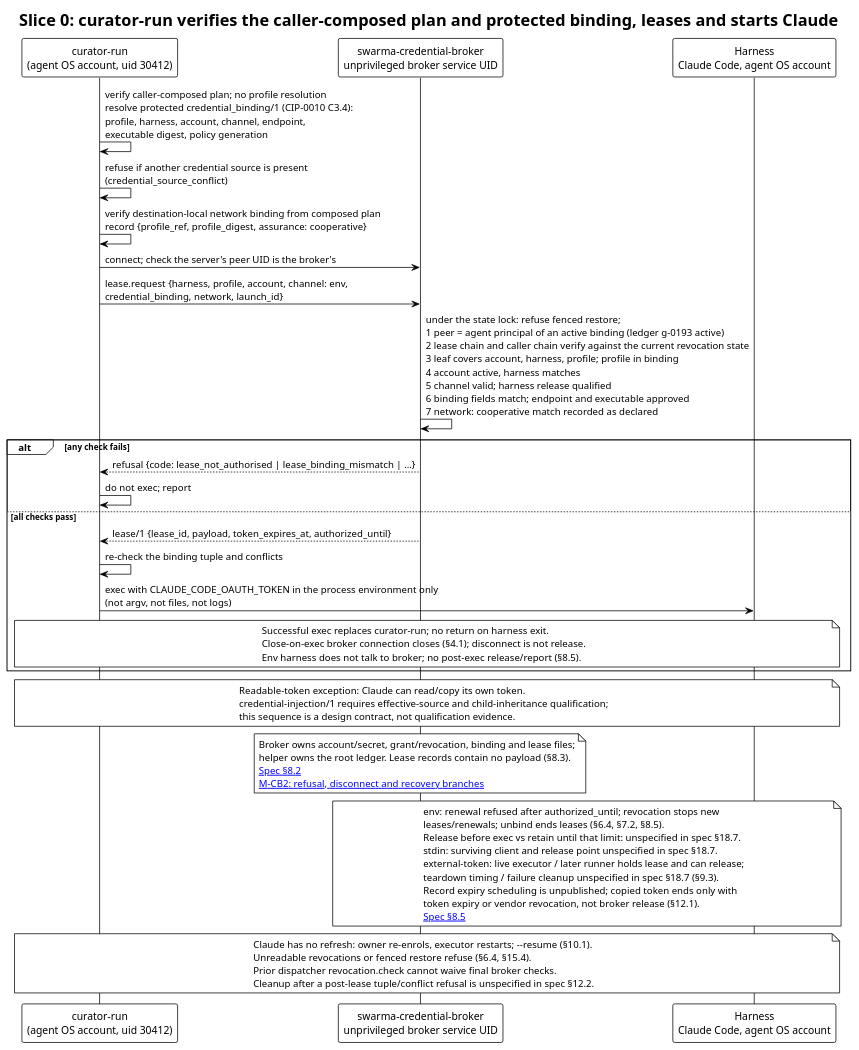
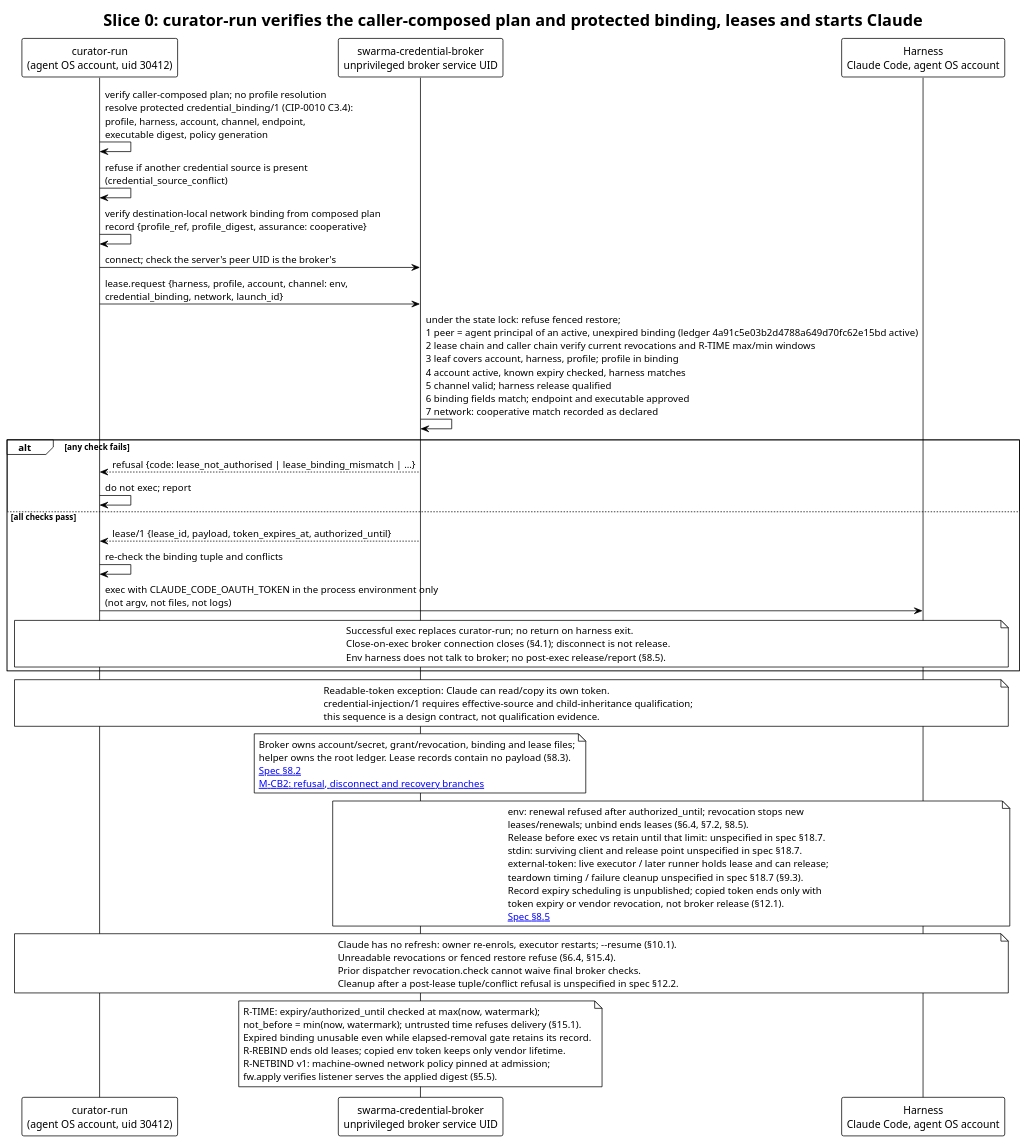
The diagram in diagrams/lease-at-launch.puml (relux-works/swarma-credential-broker), drawn with PlantUML before and after one commit. The commit also changed 11 other files, not shown here.

```diff
--- a/diagrams/lease-at-launch.puml
+++ b/diagrams/lease-at-launch.puml
@@ -1,52 +1,60 @@
 @startuml lease-at-launch
 !theme plain
 title Slice 0: curator-run verifies the caller-composed plan and protected binding, leases and starts Claude
 
 participant "curator-run\n(agent OS account, uid 30412)" as E
 participant "swarma-credential-broker\nunprivileged broker service UID" as B
 participant "Harness\nClaude Code, agent OS account" as H
 
 E -> E: verify caller-composed plan; no profile resolution\nresolve protected credential_binding/1 (CIP-0010 C3.4):\nprofile, harness, account, channel, endpoint,\nexecutable digest, policy generation
 E -> E: refuse if another credential source is present\n(credential_source_conflict)
 E -> E: verify destination-local network binding from composed plan\nrecord {profile_ref, profile_digest, assurance: cooperative}
 E -> B: connect; check the server's peer UID is the broker's
 E -> B: lease.request {harness, profile, account, channel: env,\ncredential_binding, network, launch_id}
-B -> B: under the state lock: refuse fenced restore;\n1 peer = agent principal of an active binding (ledger g-0193 active)\n2 lease chain and caller chain verify against the current revocation state\n3 leaf covers account, harness, profile; profile in binding\n4 account active, harness matches\n5 channel valid; harness release qualified\n6 binding fields match; endpoint and executable approved\n7 network: cooperative match recorded as declared
+B -> B: under the state lock: refuse fenced restore;\n1 peer = agent principal of an active, unexpired binding (ledger 4a91c5e03b2d4788a649d70fc62e15bd active)\n2 lease chain and caller chain verify current revocations and R-TIME max/min windows\n3 leaf covers account, harness, profile; profile in binding\n4 account active, known expiry checked, harness matches\n5 channel valid; harness release qualified\n6 binding fields match; endpoint and executable approved\n7 network: cooperative match recorded as declared
 alt any check fails
   B --> E: refusal {code: lease_not_authorised | lease_binding_mismatch | …}
   E -> E: do not exec; report
 else all checks pass
   B --> E: lease/1 {lease_id, payload, token_expires_at, authorized_until}
   E -> E: re-check the binding tuple and conflicts
   E -> H: exec with CLAUDE_CODE_OAUTH_TOKEN in the process environment only\n(not argv, not files, not logs)
   note over E,H
     Successful exec replaces curator-run; no return on harness exit.
     Close-on-exec broker connection closes (§4.1); disconnect is not release.
     Env harness does not talk to broker; no post-exec release/report (§8.5).
   end note
 end
 note over E,H: Readable-token exception: Claude can read/copy its own token.\ncredential-injection/1 requires effective-source and child-inheritance qualification;\nthis sequence is a design contract, not qualification evidence.
 note over B
   Broker owns account/secret, grant/revocation, binding and lease files;
   helper owns the root ledger. Lease records contain no payload (§8.3).
   [[../spec/broker.md#82-checks-in-order Spec §8.2]]
   [[lease-recovery.puml M-CB2: refusal, disconnect and recovery branches]]
 end note
 note over B,H
   env: renewal refused after authorized_until; revocation stops new
   leases/renewals; unbind ends leases (§6.4, §7.2, §8.5).
   Release before exec vs retain until that limit: unspecified in spec §18.7.
   stdin: surviving client and release point unspecified in spec §18.7.
   external-token: live executor / later runner holds lease and can release;
   teardown timing / failure cleanup unspecified in spec §18.7 (§9.3).
   Record expiry scheduling is unpublished; copied token ends only with
   token expiry or vendor revocation, not broker release (§12.1).
   [[../spec/broker.md#85-renewal-release-and-reports Spec §8.5]]
 end note
 note over E,H
   Claude has no refresh: owner re-enrols, executor restarts; --resume (§10.1).
   Unreadable revocations or fenced restore refuse (§6.4, §15.4).
   Prior dispatcher revocation.check cannot waive final broker checks.
   Cleanup after a post-lease tuple/conflict refusal is unspecified in spec §12.2.
 end note
+note over B
+  R-TIME: expiry/authorized_until checked at max(now, watermark);
+  not_before = min(now, watermark); untrusted time refuses delivery (§15.1).
+  Expired binding unusable even while elapsed-removal gate retains its record.
+  R-REBIND ends old leases; copied env token keeps only vendor lifetime.
+  R-NETBIND v1: machine-owned network policy pinned at admission;
+  fw.apply verifies listener serves the applied digest (§5.5).
+end note
 @enduml
```
